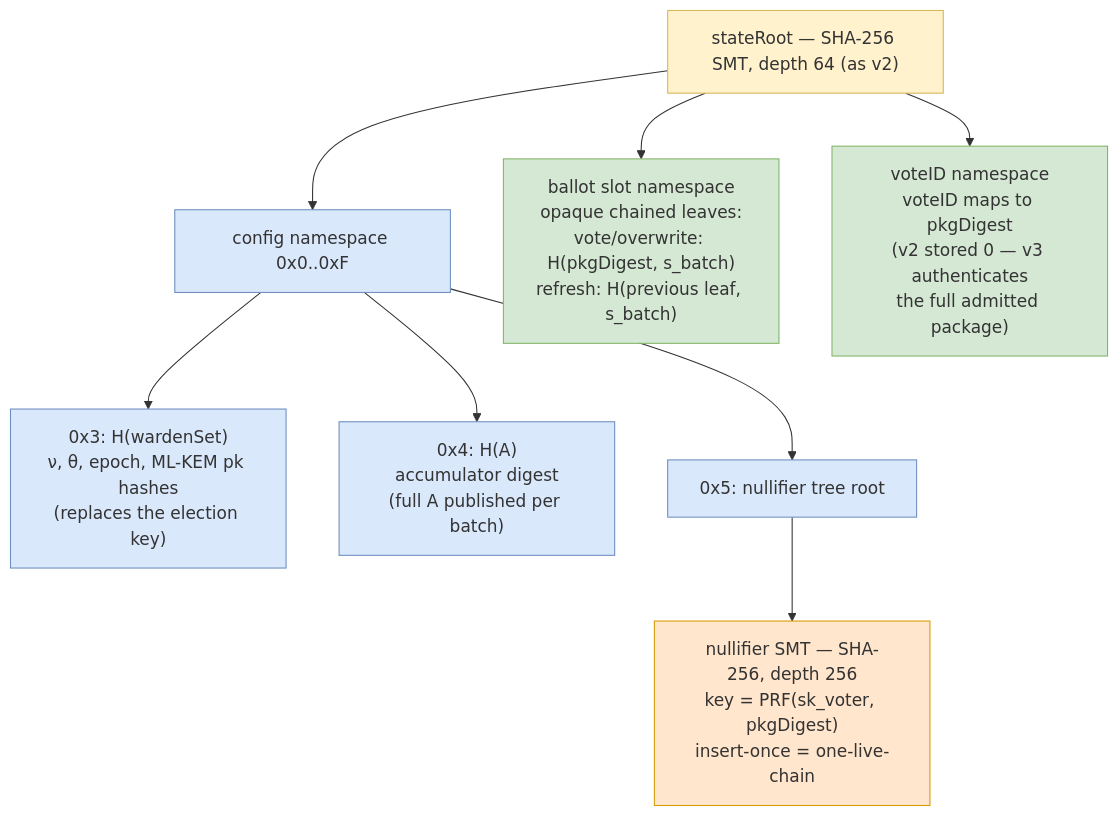
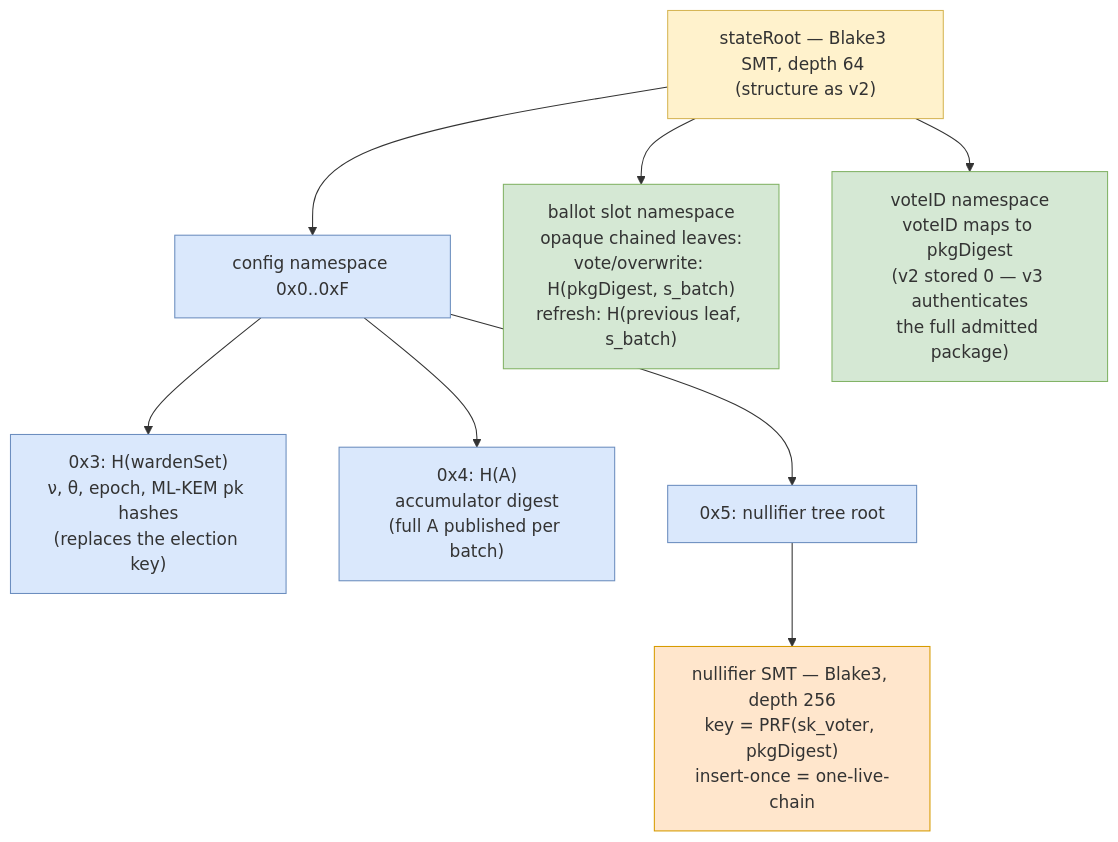
The diagram in v3-pq/figures/src/state-tree-v3.mmd (vocdoni/davinci-paper), drawn with Mermaid before and after one commit. The commit also changed 3 other files, not shown here.

```diff
--- a/v3-pq/figures/src/state-tree-v3.mmd
+++ b/v3-pq/figures/src/state-tree-v3.mmd
@@ -1,13 +1,13 @@
 flowchart TD
   classDef root fill:#fff2cc,stroke:#d6b656;
   classDef cfg fill:#dae8fc,stroke:#6c8ebf;
   classDef ns fill:#d5e8d4,stroke:#82b366;
   classDef nul fill:#ffe6cc,stroke:#d79b00;
-  R["stateRoot — SHA-256 SMT, depth 64 (as v2)"]:::root
+  R["stateRoot — Blake3 SMT, depth 64 (structure as v2)"]:::root
   R --> C["config namespace 0x0..0xF"]:::cfg
   R --> SL["ballot slot namespace<br/>opaque chained leaves:<br/>vote/overwrite: H(pkgDigest, s_batch)<br/>refresh: H(previous leaf, s_batch)"]:::ns
   R --> V["voteID namespace<br/>voteID maps to pkgDigest<br/>(v2 stored 0 — v3 authenticates<br/>the full admitted package)"]:::ns
   C --> C3["0x3: H(wardenSet)<br/>ν, θ, epoch, ML-KEM pk hashes<br/>(replaces the election key)"]:::cfg
   C --> C4["0x4: H(A)<br/>accumulator digest<br/>(full A published per batch)"]:::cfg
   C --> C5["0x5: nullifier tree root"]:::cfg
-  C5 --> N["nullifier SMT — SHA-256, depth 256<br/>key = PRF(sk_voter, pkgDigest)<br/>insert-once = one-live-chain"]:::nul
+  C5 --> N["nullifier SMT — Blake3, depth 256<br/>key = PRF(sk_voter, pkgDigest)<br/>insert-once = one-live-chain"]:::nul
```
